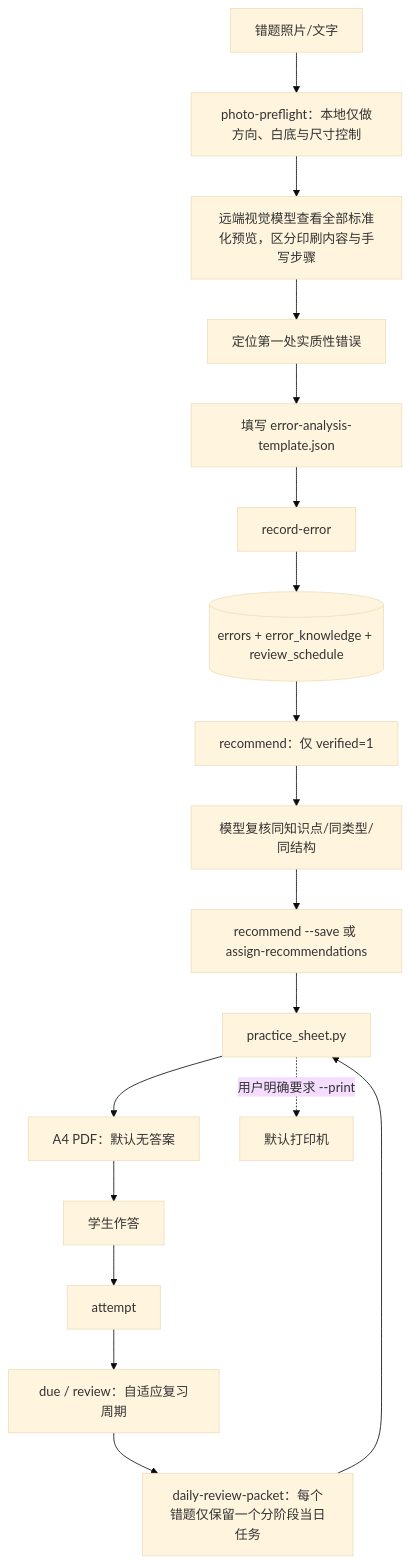
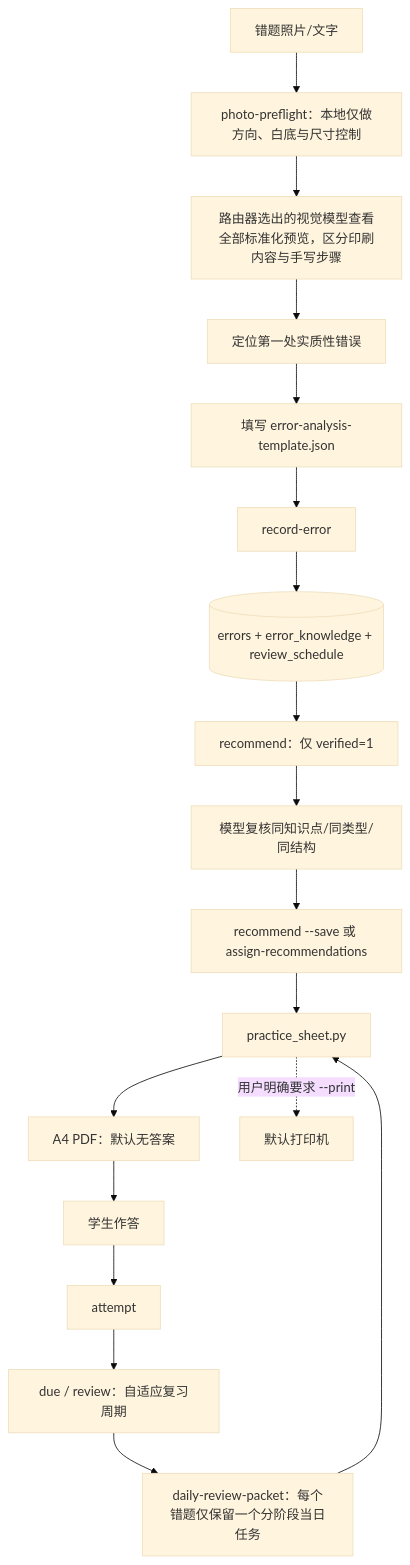
One commit to chjesu/lizhaolin-math-error-notebook changed the second of 5 diagrams in PROJECT_ARCHITECTURE.md. Above: the diagram before and after it, drawn with Mermaid (base theme). The commit also changed other lines of this file and 6 other files, not shown here.

````diff
--- a/PROJECT_ARCHITECTURE.md
+++ b/PROJECT_ARCHITECTURE.md
@@ -54,20 +54,20 @@
 ```mermaid
 flowchart TD
     IMG["错题照片/文字"] --> PRE["photo-preflight：本地仅做方向、白底与尺寸控制"]
-    PRE --> G["远端视觉模型查看全部标准化预览，区分印刷内容与手写步骤"]
+    PRE --> G["路由器选出的视觉模型查看全部标准化预览，区分印刷内容与手写步骤"]
     G --> W["定位第一处实质性错误"]
     W --> J["填写 error-analysis-template.json"]
     J --> RE["record-error"]
     RE --> E[("errors + error_knowledge + review_schedule")]
     E --> RC["recommend：仅 verified=1"]
     RC --> RV["模型复核同知识点/同类型/同结构"]
     RV --> SR["recommend --save 或 assign-recommendations"]
     SR --> PS["practice_sheet.py"]
     PS --> PDF["A4 PDF：默认无答案"]
     PS -. "用户明确要求 --print" .-> PRINT["默认打印机"]
     PDF --> AT["学生作答"]
     AT --> ATT["attempt"]
     ATT --> DUE["due / review：自适应复习周期"]
     DUE --> DP["daily-review-packet：每个错题仅保留一个分阶段当日任务"]
     DP --> PS
 ```
````
